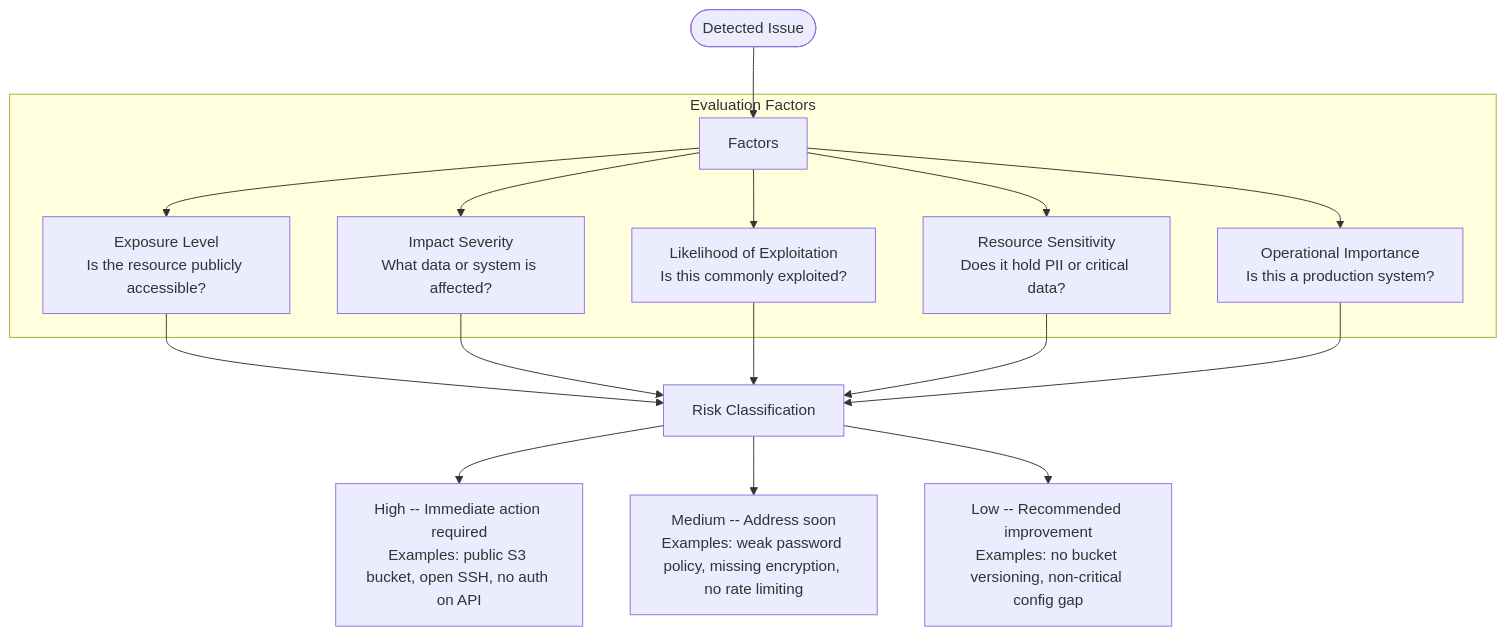
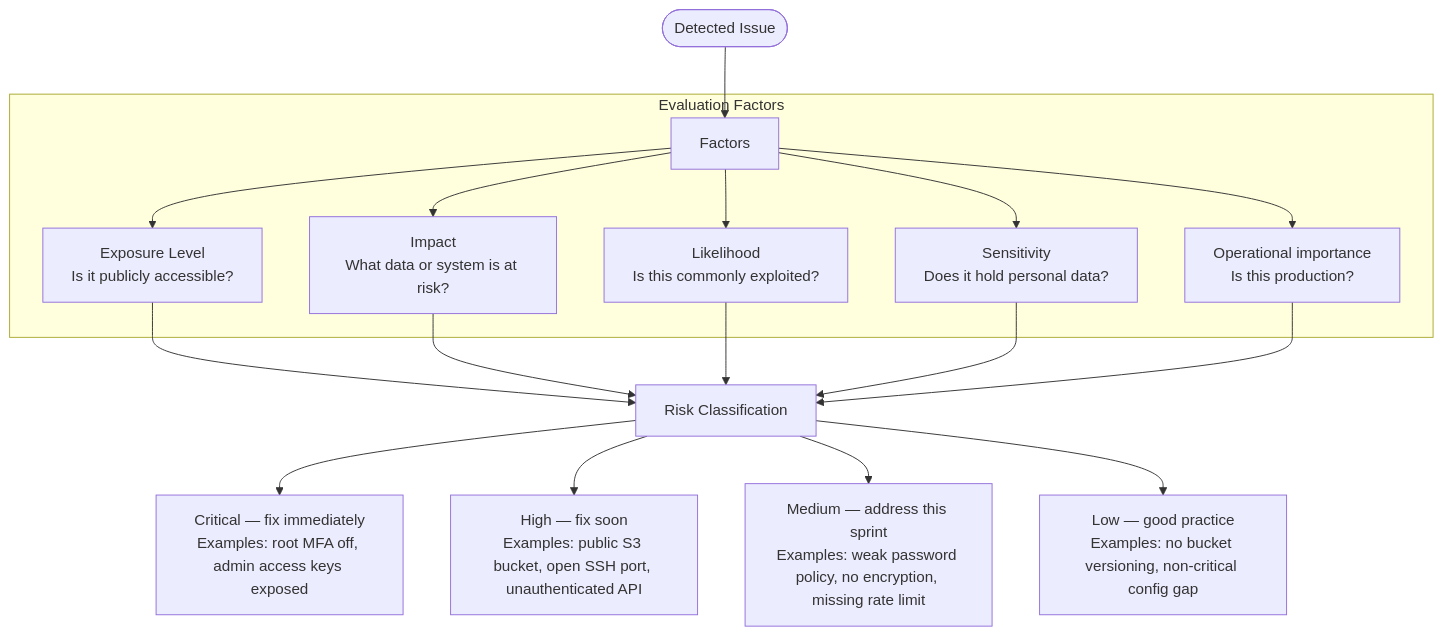
Before and after one commit to Sayyaddsameer/CloudSentinel_AI: the tenth of 12 diagrams in ARCHITECTURE.md, drawn with Mermaid. The commit also changed other lines of this file and 552 other files, not shown here.

````diff
--- a/ARCHITECTURE.md
+++ b/ARCHITECTURE.md
@@ -415,22 +422,23 @@
 ```mermaid
 flowchart TD
     Risk([Detected Issue]) --> Factors
 
     subgraph Evaluation Factors
-        Factors --> E[Exposure Level\nIs the resource publicly accessible?]
-        Factors --> I[Impact Severity\nWhat data or system is affected?]
-        Factors --> L[Likelihood of Exploitation\nIs this commonly exploited?]
-        Factors --> S[Resource Sensitivity\nDoes it hold PII or critical data?]
-        Factors --> O[Operational Importance\nIs this a production system?]
+        Factors --> E[Exposure Level\nIs it publicly accessible?]
+        Factors --> I[Impact\nWhat data or system is at risk?]
+        Factors --> L[Likelihood\nIs this commonly exploited?]
+        Factors --> S[Sensitivity\nDoes it hold personal data?]
+        Factors --> O[Operational importance\nIs this production?]
     end
 
     E --> Class[Risk Classification]
     I --> Class
     L --> Class
     S --> Class
     O --> Class
 
-    Class --> H[High -- Immediate action required\nExamples: public S3 bucket, open SSH, no auth on API]
-    Class --> M[Medium -- Address soon\nExamples: weak password policy, missing encryption, no rate limiting]
-    Class --> Lo[Low -- Recommended improvement\nExamples: no bucket versioning, non-critical config gap]
+    Class --> Crit[Critical — fix immediately\nExamples: root MFA off, admin access keys exposed]
+    Class --> H[High — fix soon\nExamples: public S3 bucket, open SSH port, unauthenticated API]
+    Class --> M[Medium — address this sprint\nExamples: weak password policy, no encryption, missing rate limit]
+    Class --> Lo[Low — good practice\nExamples: no bucket versioning, non-critical config gap]
 ```
````
